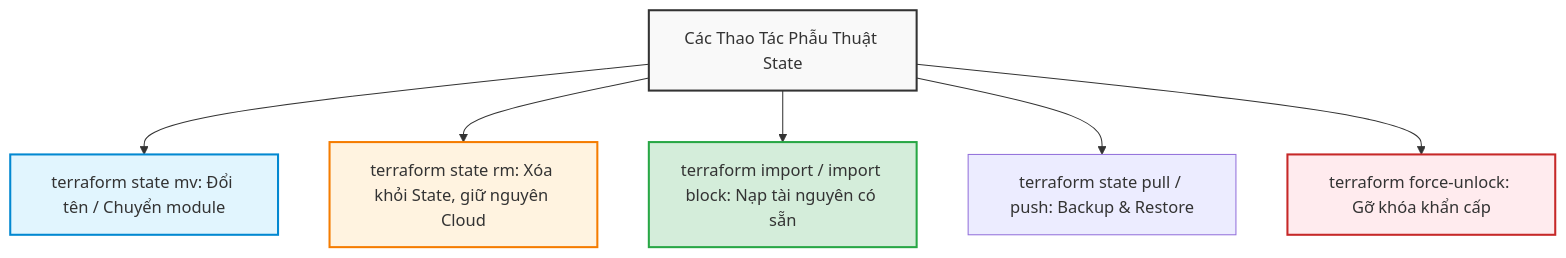
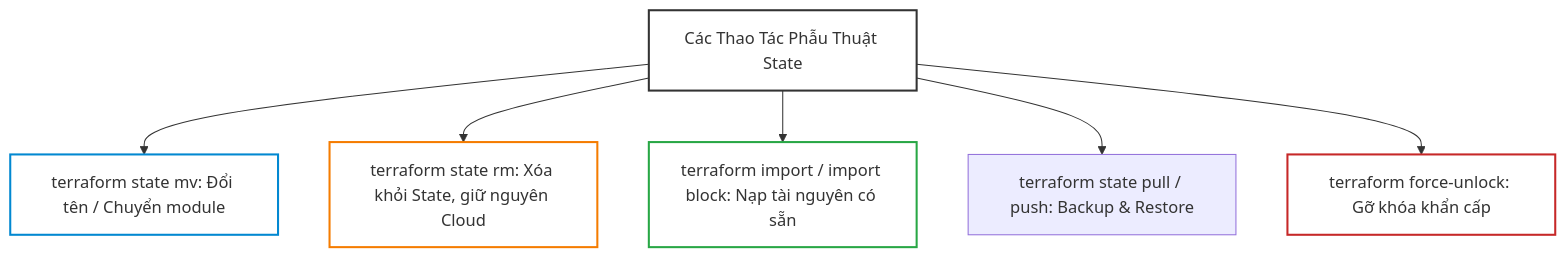
One commit to kiennt308/ntk changed the first of 4 diagrams in _posts/2026-09-13-terraform-31-31-tong-hop-cau-hoi-phong-van-terraform-devops-chuyen-sau-30-buoi.md. Above: the diagram before and after it, drawn with Mermaid. The commit also changed other lines of this file and 207 other files, not shown here.

Commit message:
feat(posts): batch standardize all 208 posts with TL;DR, qa-card accordion, fill:none mermaid, and liquid raw wrappers

````diff
--- a/_posts/2026-09-13-terraform-31-31-tong-hop-cau-hoi-phong-van-terraform-devops-chuyen-sau-30-buoi.md
+++ b/_posts/2026-09-13-terraform-31-31-tong-hop-cau-hoi-phong-van-terraform-devops-chuyen-sau-30-buoi.md
@@ -72,16 +188,16 @@
 ```mermaid
 flowchart TD
     STATE_OP["Các Thao Tác Phẫu Thuật State"] --> MV["terraform state mv: Đổi tên / Chuyển module"]
     STATE_OP --> RM["terraform state rm: Xóa khỏi State, giữ nguyên Cloud"]
     STATE_OP --> IMP["terraform import / import block: Nạp tài nguyên có sẵn"]
     STATE_OP --> PULL_PUSH["terraform state pull / push: Backup & Restore"]
     STATE_OP --> UNLOCK["terraform force-unlock: Gỡ khóa khẩn cấp"]
 
-    style STATE_OP fill:#f9f9f9,stroke:#333,stroke-width:2px
-    style MV fill:#e1f5fe,stroke:#0288d1,stroke-width:2px
-    style RM fill:#fff3e0,stroke:#f57c00,stroke-width:2px
-    style IMP fill:#d4edda,stroke:#28a745,stroke-width:2px
-    style UNLOCK fill:#ffebee,stroke:#c62828,stroke-width:2px
+    style STATE_OP fill:none,stroke:#333,stroke-width:2px
+    style MV fill:none,stroke:#0288d1,stroke-width:2px
+    style RM fill:none,stroke:#f57c00,stroke-width:2px
+    style IMP fill:none,stroke:#28a745,stroke-width:2px
+    style UNLOCK fill:none,stroke:#c62828,stroke-width:2px
 
 
 ```
````
